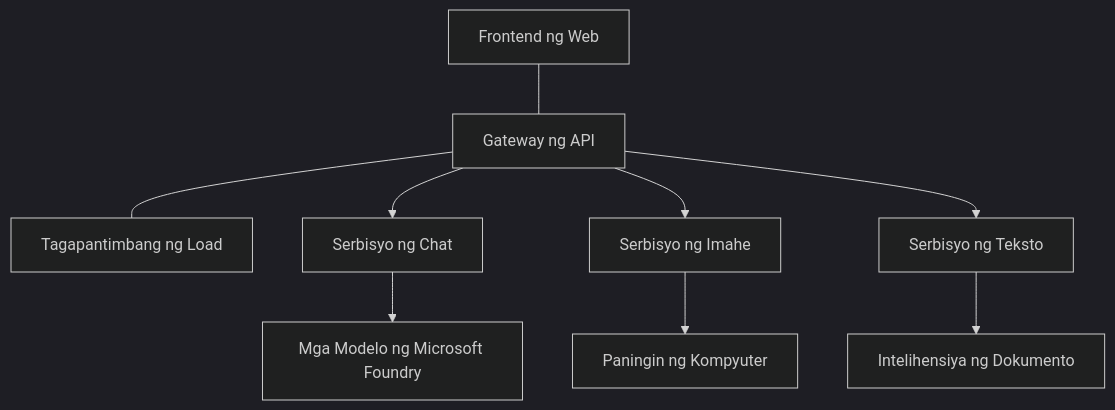
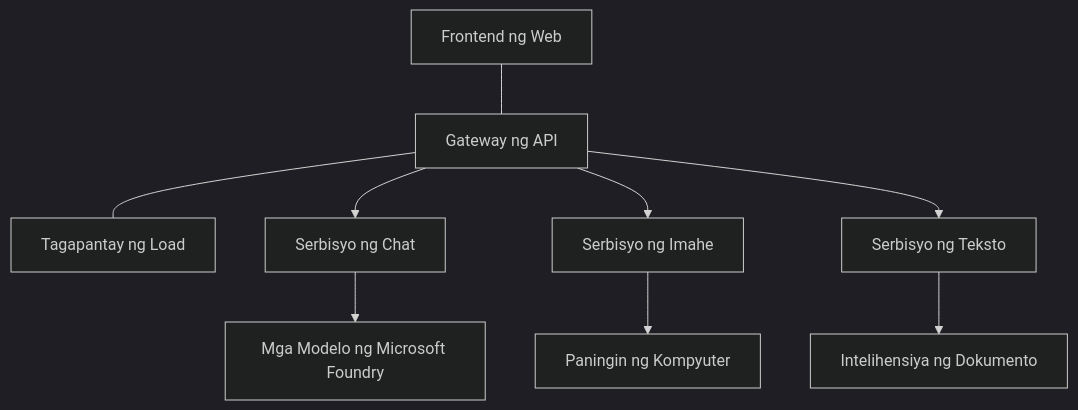
Before and after one commit to microsoft/AZD-for-beginners: the diagram in translations/tl/docs/chapter-08-production/production-ai-practices.md, drawn with Mermaid (dark theme). The commit also changed other lines of this file and 101 other files, not shown here.

````diff
--- a/translations/tl/docs/chapter-08-production/production-ai-practices.md
+++ b/translations/tl/docs/chapter-08-production/production-ai-practices.md
@@ -30,10 +30,10 @@
 ```mermaid
 graph TD
-    Frontend[Frontend ng Web] --- Gateway[Gateway ng API] --- LB[Tagapantimbang ng Load]
+    Frontend[Frontend ng Web] --- Gateway[Gateway ng API] --- LB[Tagapantay ng Load]
     Gateway --> Chat[Serbisyo ng Chat]
     Gateway --> Image[Serbisyo ng Imahe]
     Gateway --> Text[Serbisyo ng Teksto]
     Chat --> OpenAI[Mga Modelo ng Microsoft Foundry]
     Image --> Vision[Paningin ng Kompyuter]
     Text --> DocIntel[Intelihensiya ng Dokumento]
 ```
````
